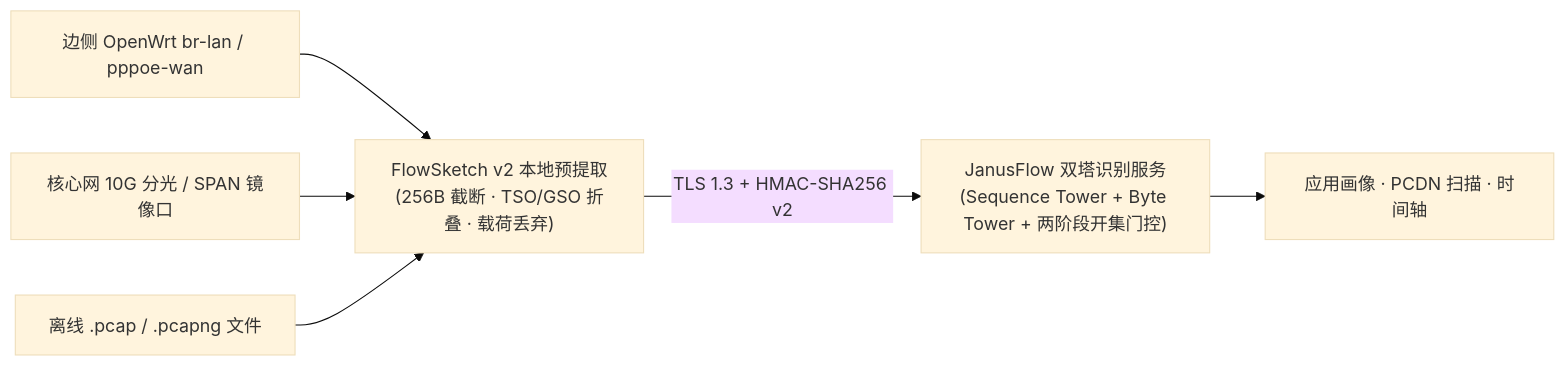
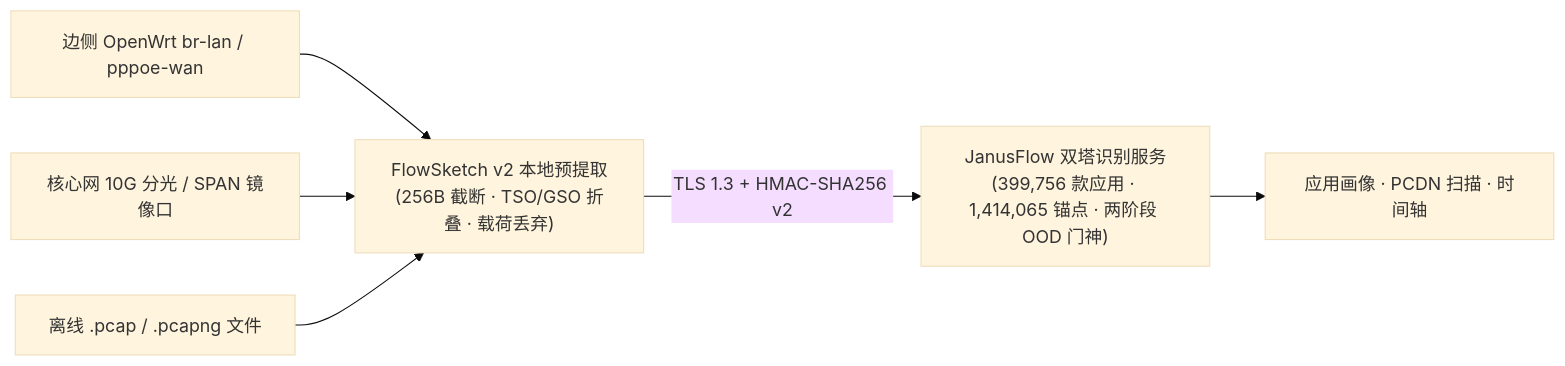
The diagram in README.md (876387/janusflow-probe), drawn with Mermaid (base theme) before and after one commit. The commit also changed other lines of this file and 1 other file, not shown here.

Commit message:
docs: specify Dual-Tower 399,756-app, 19-category, 17-SDK & 5-PCDN identification capacity

````diff
--- a/README.md
+++ b/README.md
@@ -23,8 +23,8 @@
 ```mermaid
 flowchart LR
     A["边侧 OpenWrt br-lan / pppoe-wan"] --> C["FlowSketch v2 本地预提取<br/>(256B 截断 · TSO/GSO 折叠 · 载荷丢弃)"]
     B["核心网 10G 分光 / SPAN 镜像口"] --> C
     P["离线 .pcap / .pcapng 文件"] --> C
-    C -->|"TLS 1.3 + HMAC-SHA256 v2"| D["JanusFlow 双塔识别服务<br/>(Sequence Tower + Byte Tower + 两阶段开集门控)"]
+    C -->|"TLS 1.3 + HMAC-SHA256 v2"| D["JanusFlow 双塔识别服务<br/>(399,756 款应用 · 1,414,065 锚点 · 两阶段 OOD 门神)"]
     D --> E["应用画像 · PCDN 扫描 · 时间轴"]
 ```
````
